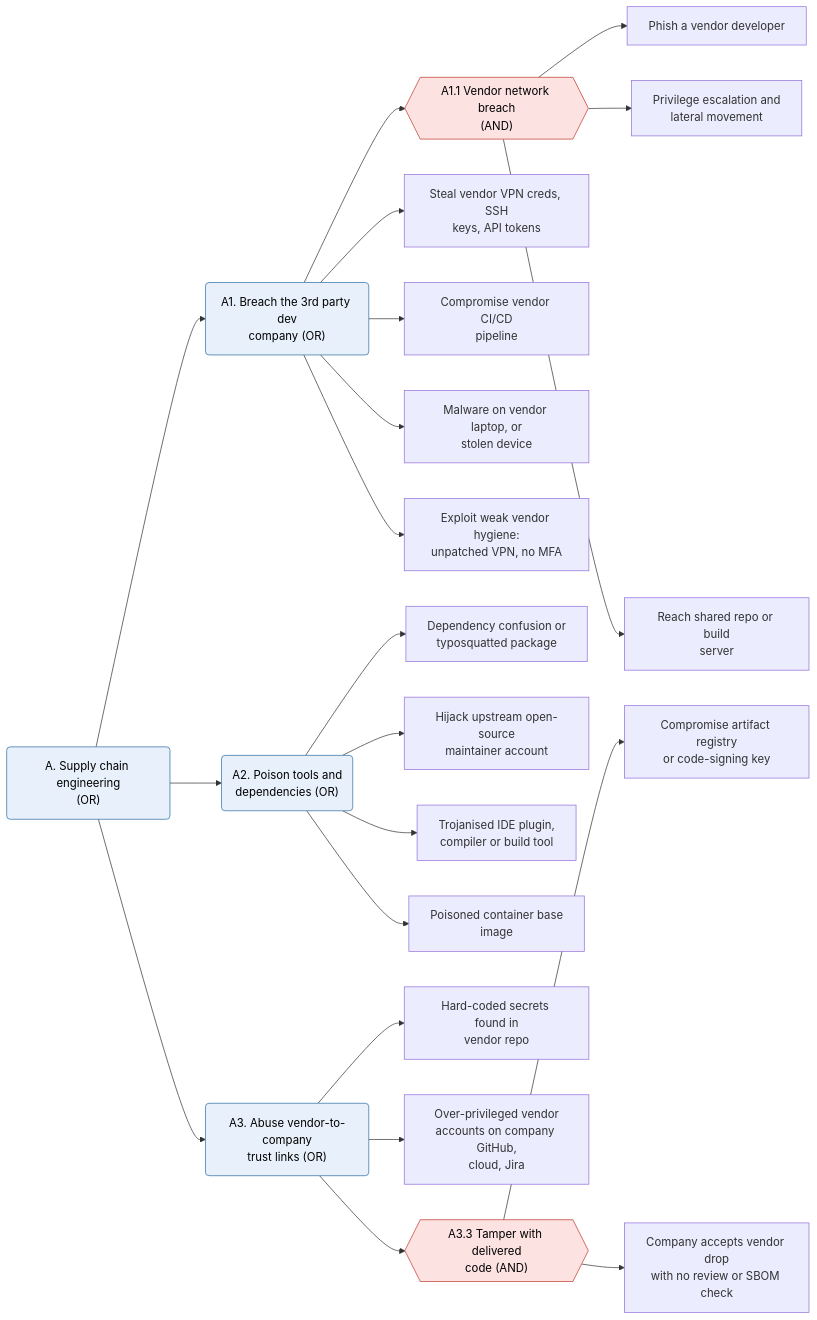
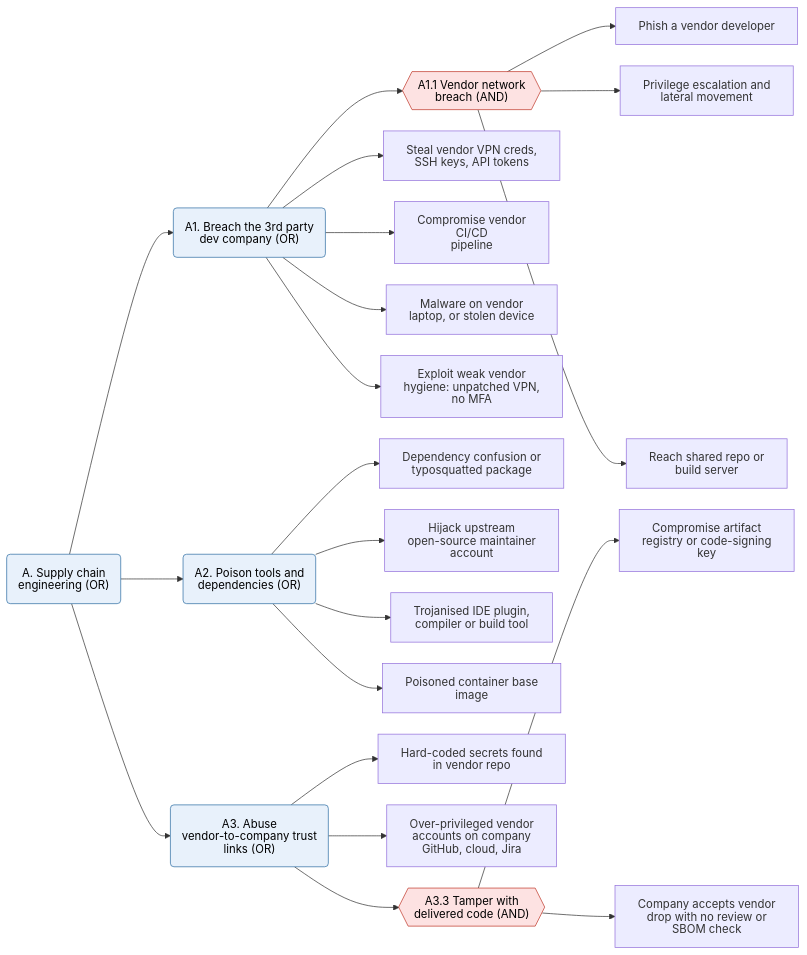
The fourth of 9 diagrams in cybersecurity-architecture/lesson-02.md (amandewatnitrr/hacking-tutorial), drawn with Mermaid before and after one commit. The commit also changed other lines of this file, not shown here.

Commit message:
Cybersecurity Architecture -> Threat Modelling -> Attack Tree

````diff
--- a/cybersecurity-architecture/lesson-02.md
+++ b/cybersecurity-architecture/lesson-02.md
@@ -299,32 +299,33 @@
 ```mermaid
+%%{init: {"htmlLabels": false, "flowchart": {"htmlLabels": false, "padding": 16, "nodeSpacing": 30, "rankSpacing": 70}}}%%
 graph LR
-    A("A. Supply chain engineering<br/>(OR)")
-    A --> A1("A1. Breach the 3rd party dev<br/>company (OR)")
+    A("A. Supply chain<br/>engineering (OR)")
+    A --> A1("A1. Breach the 3rd party<br/>dev company (OR)")
     A --> A2("A2. Poison tools and<br/>dependencies (OR)")
-    A --> A3("A3. Abuse vendor-to-company<br/>trust links (OR)")
+    A --> A3("A3. Abuse<br/>vendor-to-company trust<br/>links (OR)")
 
-    A1 --> A11{{"A1.1 Vendor network breach<br/>(AND)"}}
+    A1 --> A11{{"A1.1 Vendor network<br/>breach (AND)"}}
     A11 --> A111["Phish a vendor developer"]
     A11 --> A112["Privilege escalation and<br/>lateral movement"]
-    A11 --> A113["Reach shared repo or build<br/>server"]
-    A1 --> A12["Steal vendor VPN creds, SSH<br/>keys, API tokens"]
+    A11 --> A113["Reach shared repo or<br/>build server"]
+    A1 --> A12["Steal vendor VPN creds,<br/>SSH keys, API tokens"]
     A1 --> A13["Compromise vendor CI/CD<br/>pipeline"]
-    A1 --> A14["Malware on vendor laptop, or<br/>stolen device"]
-    A1 --> A15["Exploit weak vendor hygiene:<br/>unpatched VPN, no MFA"]
+    A1 --> A14["Malware on vendor<br/>laptop, or stolen device"]
+    A1 --> A15["Exploit weak vendor<br/>hygiene: unpatched VPN,<br/>no MFA"]
 
     A2 --> A21["Dependency confusion or<br/>typosquatted package"]
-    A2 --> A22["Hijack upstream open-source<br/>maintainer account"]
+    A2 --> A22["Hijack upstream<br/>open-source maintainer<br/>account"]
     A2 --> A23["Trojanised IDE plugin,<br/>compiler or build tool"]
     A2 --> A24["Poisoned container base<br/>image"]
 
-    A3 --> A31["Hard-coded secrets found in<br/>vendor repo"]
-    A3 --> A32["Over-privileged vendor<br/>accounts on company GitHub,<br/>cloud, Jira"]
-    A3 --> A33{{"A3.3 Tamper with delivered<br/>code (AND)"}}
-    A33 --> A331["Compromise artifact registry<br/>or code-signing key"]
-    A33 --> A332["Company accepts vendor drop<br/>with no review or SBOM check"]
+    A3 --> A31["Hard-coded secrets found<br/>in vendor repo"]
+    A3 --> A32["Over-privileged vendor<br/>accounts on company<br/>GitHub, cloud, Jira"]
+    A3 --> A33{{"A3.3 Tamper with<br/>delivered code (AND)"}}
+    A33 --> A331["Compromise artifact<br/>registry or code-signing<br/>key"]
+    A33 --> A332["Company accepts vendor<br/>drop with no review or<br/>SBOM check"]
 
     classDef and fill:#fde2e2,stroke:#c0392b,color:#000;
     classDef or fill:#e8f1fb,stroke:#2e6da4,color:#000;
     class A11,A33 and;
     class A,A1,A2,A3 or;
 ```
````
